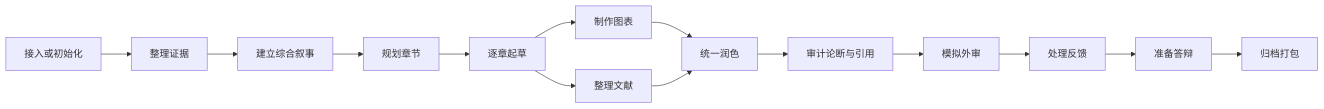
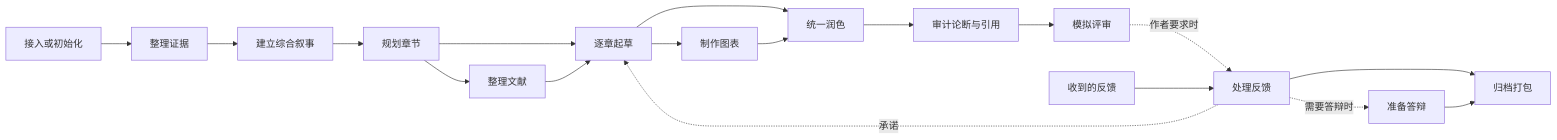
The diagram in docs/mds/story-workflow/writing-workflow-skills.zh-CN.md (wanghao9610/STORY), drawn with Mermaid before and after one commit. The commit also changed other lines of this file and 329 other files, not shown here.

````diff
--- a/docs/mds/story-workflow/writing-workflow-skills.zh-CN.md
+++ b/docs/mds/story-workflow/writing-workflow-skills.zh-CN.md
@@ -9,16 +9,20 @@
 ```mermaid
 flowchart LR
   A[接入或初始化] --> E[整理证据]
   E --> S[建立综合叙事]
   S --> O[规划章节]
+  O --> R[整理文献]
   O --> D[逐章起草]
+  R --> D
   D --> V[制作图表]
-  D --> R[整理文献]
-  V --> P[统一润色]
-  R --> P
+  D --> P[统一润色]
+  V --> P
   P --> Q[审计论断与引用]
-  Q --> X[模拟外审]
-  X --> F[处理反馈]
-  F --> B[准备答辩]
-  B --> Z[归档打包]
+  Q --> X[模拟评审]
+  X -. 作者要求时 .-> F[处理反馈]
+  M[收到的反馈] --> F
+  F -. 承诺 .-> D
+  F -. 需要答辩时 .-> B[准备答辩]
+  F --> Z[归档打包]
+  B --> Z
 ```
````
